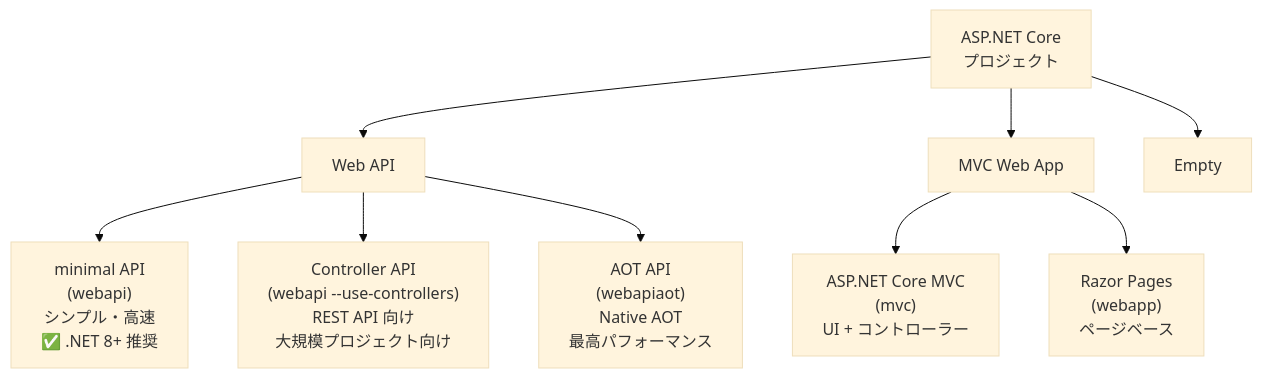
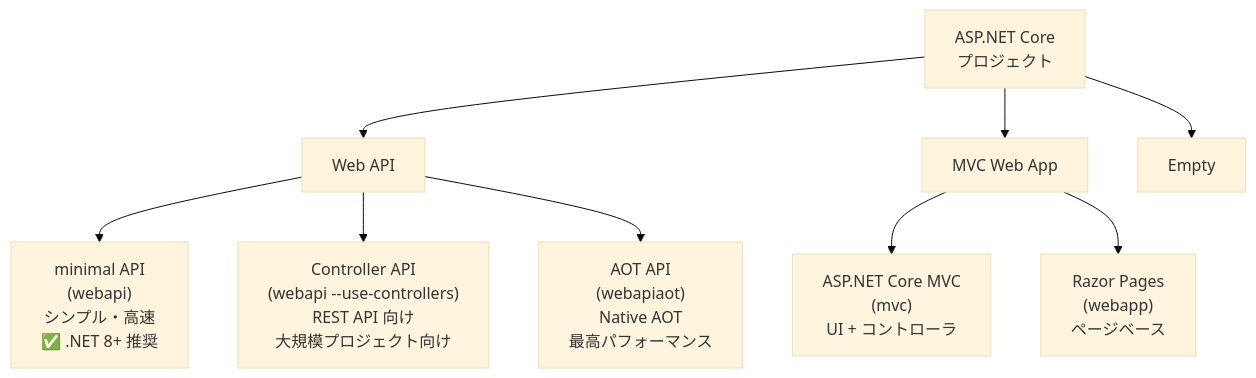
Diagram 12 of 14 in docs/01-setup-dev-env.md (microsoft/aspnetcore-ja-handbook), drawn with Mermaid (base theme) before and after one commit. The commit also changed other lines of this file and 3 other files, not shown here.

````diff
--- a/docs/01-setup-dev-env.md
+++ b/docs/01-setup-dev-env.md
@@ -528,13 +528,13 @@
 ```mermaid
 graph TD
     ASP["ASP.NET Core\nプロジェクト"] --> Web_API["Web API"]
     ASP --> MVC["MVC Web App"]
     ASP --> Empty["Empty"]
 
     Web_API --> MinimalAPI["minimal API\n(webapi)\nシンプル・高速\n✅ .NET 8+ 推奨"]
     Web_API --> ControllerAPI["Controller API\n(webapi --use-controllers)\nREST API 向け\n大規模プロジェクト向け"]
     Web_API --> AOT["AOT API\n(webapiaot)\nNative AOT\n最高パフォーマンス"]
 
-    MVC --> MVCApp["ASP.NET Core MVC\n(mvc)\nUI + コントローラー"]
+    MVC --> MVCApp["ASP.NET Core MVC\n(mvc)\nUI + コントローラ"]
     MVC --> RazorPages["Razor Pages\n(webapp)\nページベース"]
 ```
````
